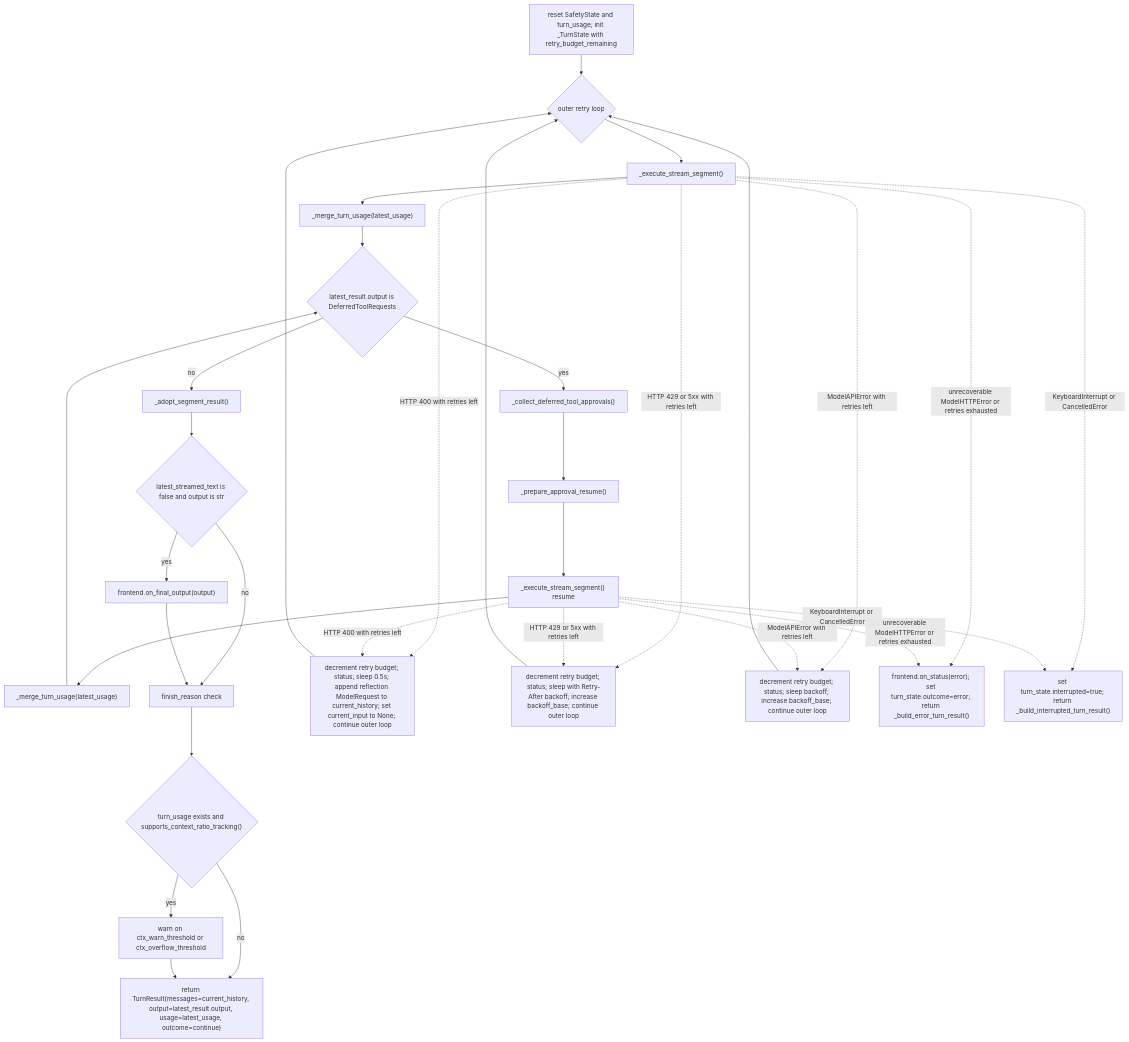
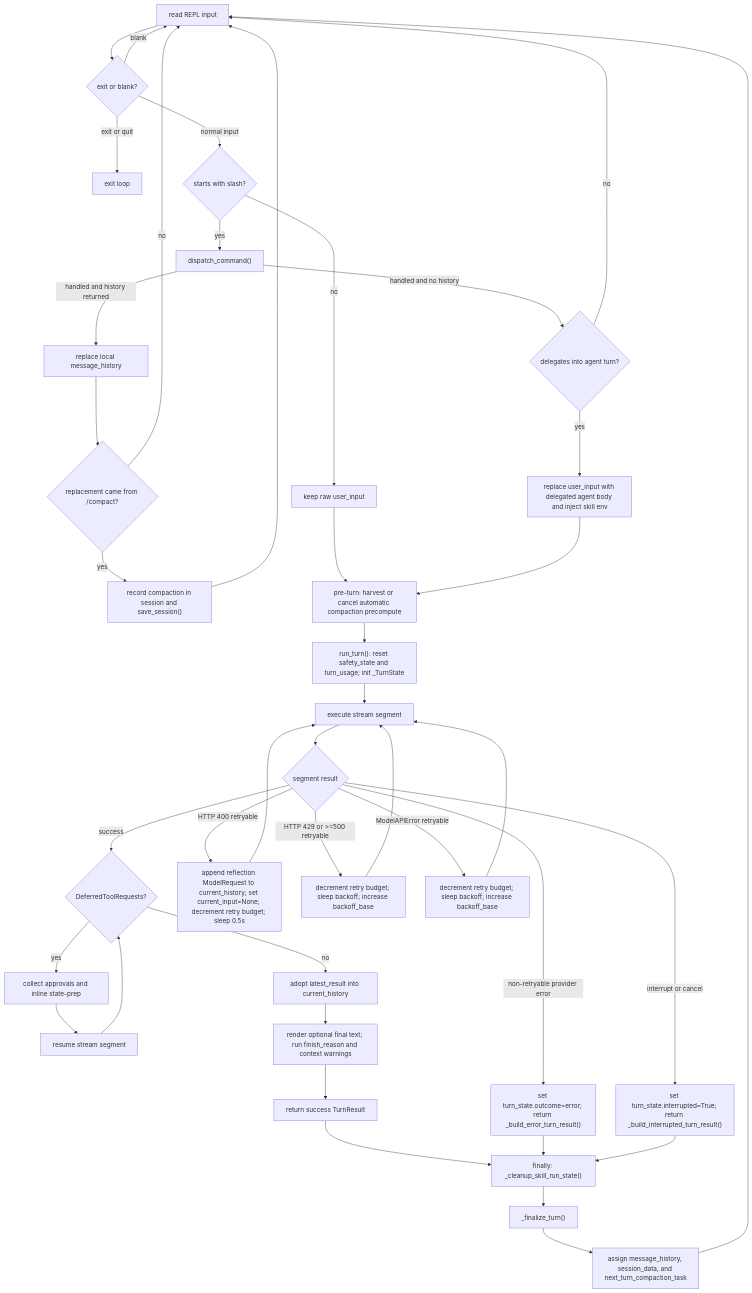
One commit to binlecode/co-cli changed the second of 3 diagrams in docs/DESIGN-core-loop.md. Above: the diagram before and after it, drawn with Mermaid. The commit also changed other lines of this file and 15 other files, not shown here.

First line of the commit message:
refactor: core loop simplifications — turn owner, state group, approval extract, Frontend rename

````diff
--- a/docs/DESIGN-core-loop.md
+++ b/docs/DESIGN-core-loop.md
@@ -152,41 +49,49 @@
 ```mermaid
 flowchart TD
-    A["reset SafetyState and turn_usage; init _TurnState with retry_budget_remaining"] --> B{"outer retry loop"}
-    B --> C["_execute_stream_segment()"]
-    C --> D["_merge_turn_usage(latest_usage)"]
-    D --> E{"latest_result.output is DeferredToolRequests"}
+    A["read REPL input"] --> B{"exit or blank?"}
+    B -->|exit or quit| Z["exit loop"]
+    B -->|blank| A
+    B -->|normal input| C{"starts with slash?"}
 
-    E -->|yes| F["_collect_deferred_tool_approvals()"]
-    F --> G["_prepare_approval_resume()"]
-    G --> H["_execute_stream_segment() resume"]
-    H --> I["_merge_turn_usage(latest_usage)"]
-    I --> E
+    C -->|no| D["keep raw user_input"]
+    C -->|yes| E["dispatch_command()"]
 
-    E -->|no| J["_adopt_segment_result()"]
-    J --> K{"latest_streamed_text is false and output is str"}
-    K -->|yes| L["frontend.on_final_output(output)"]
-    K -->|no| N
-    L --> N["finish_reason check"]
-    N --> O{"turn_usage exists and supports_context_ratio_tracking()"}
-    O -->|yes| P["warn on ctx_warn_threshold or ctx_overflow_threshold"]
-    O -->|no| R
-    P --> R["return TurnResult(messages=current_history, output=latest_result.output, usage=latest_usage, outcome=continue)"]
+    E -->|handled and history returned| F["replace local message_history"]
+    F --> G{"replacement came from /compact?"}
+    G -->|yes| H["record compaction in session and save_session()"]
+    G -->|no| A
+    H --> A
 
-    C -. "HTTP 400 with retries left" .-> T["decrement retry budget; status; sleep 0.5s; append reflection ModelRequest to current_history; set current_input to None; continue outer loop"]
-    H -. "HTTP 400 with retries left" .-> T
-    T --> B
+    E -->|handled and no history| K{"delegates into agent turn?"}
+    K -->|yes| J["replace user_input with delegated agent body and inject skill env"]
+    K -->|no| A
 
-    C -. "HTTP 429 or 5xx with retries left" .-> U["decrement retry budget; status; sleep with Retry-After backoff; increase backoff_base; continue outer loop"]
-    H -. "HTTP 429 or 5xx with retries left" .-> U
-    U --> B
+    D --> L["pre-turn: harvest or cancel automatic compaction precompute"]
+    J --> L
+    L --> M["run_turn(): reset safety_state and turn_usage; init _TurnState"]
+    M --> N["execute stream segment"]
+    N --> O{"segment result"}
+    O -->|success| Q{"DeferredToolRequests?"}
+    Q -->|yes| R["collect approvals and inline state-prep"]
+    R --> S["resume stream segment"]
+    S --> Q
+    Q -->|no| U["adopt latest_result into current_history"]
+    U --> V["render optional final text; run finish_reason and context warnings"]
+    V --> W["return success TurnResult"]
 
-    C -. "ModelAPIError with retries left" .-> V["decrement retry budget; status; sleep backoff; increase backoff_base; continue outer loop"]
-    H -. "ModelAPIError with retries left" .-> V
-    V --> B
+    O -->|HTTP 400 retryable| X["append reflection ModelRequest to current_history; set current_input=None; decrement retry budget; sleep 0.5s"]
+    X --> N
+    O -->|HTTP 429 or >=500 retryable| Y["decrement retry budget; sleep backoff; increase backoff_base"]
+    Y --> N
+    O -->|ModelAPIError retryable| ZA["decrement retry budget; sleep backoff; increase backoff_base"]
+    ZA --> N
+    O -->|non-retryable provider error| ZB["set turn_state.outcome=error; return _build_error_turn_result()"]
+    O -->|interrupt or cancel| ZC["set turn_state.interrupted=True; return _build_interrupted_turn_result()"]
 
-    C -. "unrecoverable ModelHTTPError or retries exhausted" .-> W["frontend.on_status(error); set turn_state.outcome=error; return _build_error_turn_result()"]
-    H -. "unrecoverable ModelHTTPError or retries exhausted" .-> W
-
-    C -. "KeyboardInterrupt or CancelledError" .-> X["set turn_state.interrupted=true; return _build_interrupted_turn_result()"]
-    H -. "KeyboardInterrupt or CancelledError" .-> X
+    W --> ZD["finally: _cleanup_skill_run_state()"]
+    ZB --> ZD
+    ZC --> ZD
+    ZD --> ZE["_finalize_turn()"]
+    ZE --> ZF["assign message_history, session_data, and next_turn_compaction_task"]
+    ZF --> A
 ```
````
